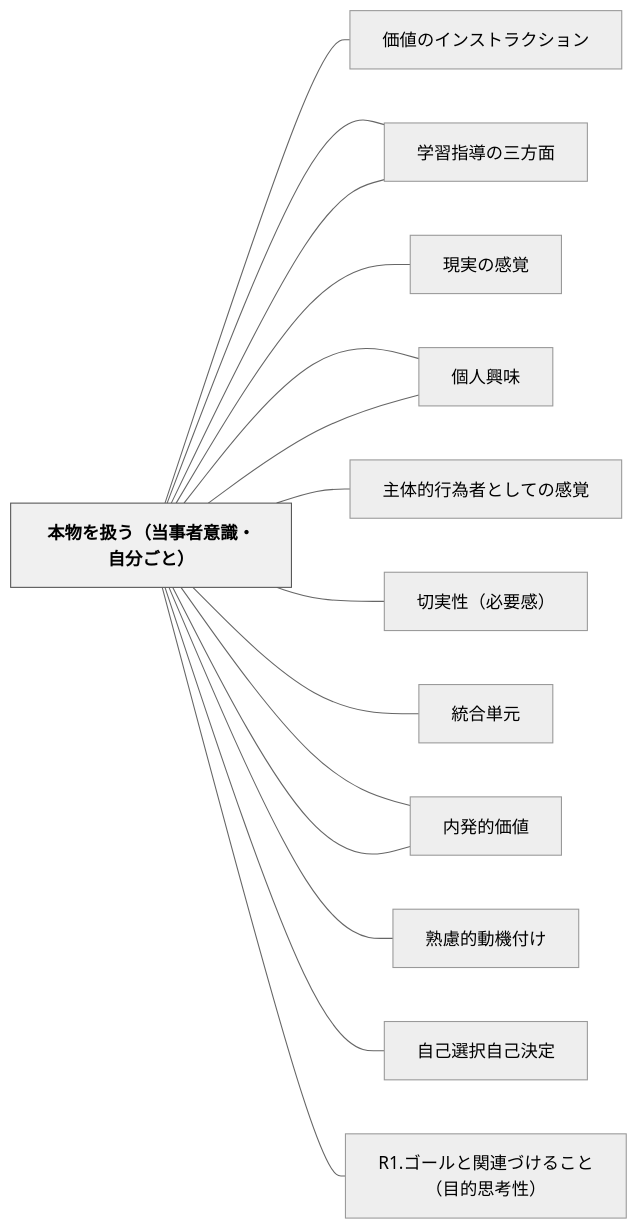
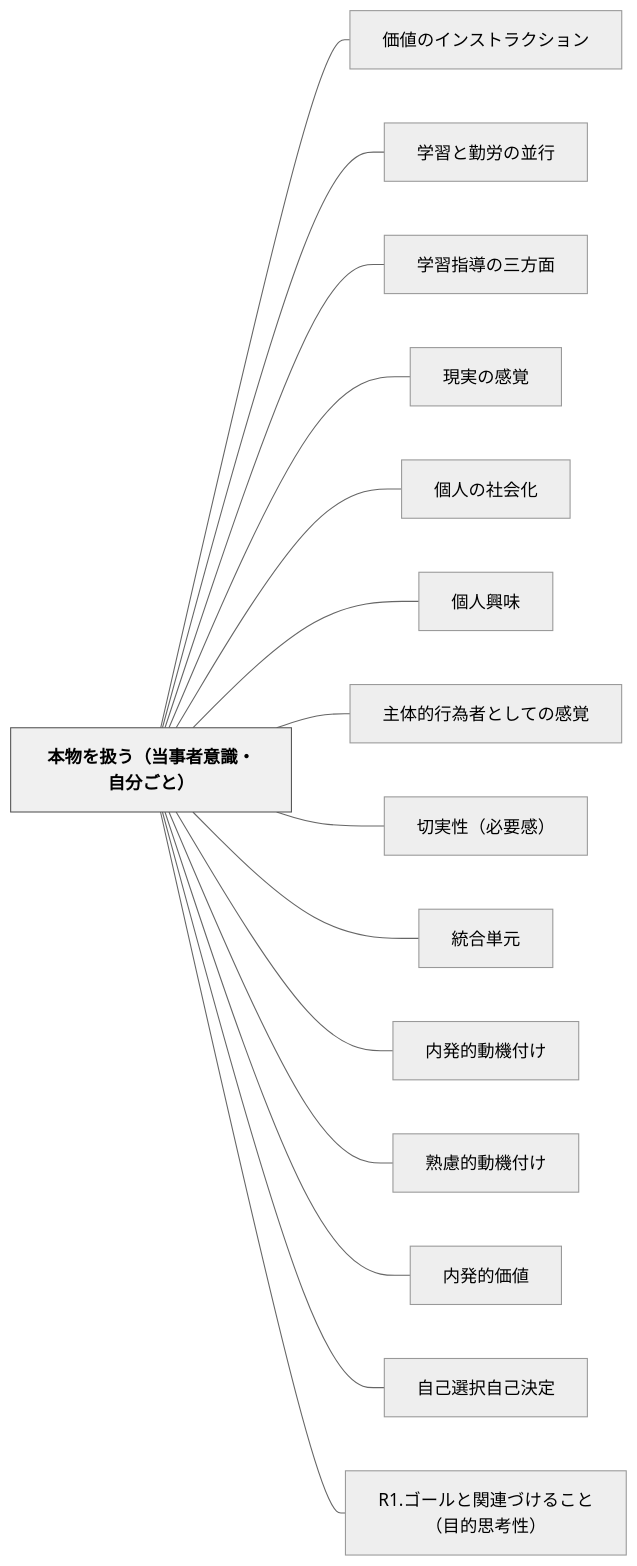
One commit to unknownthings-ed-patterns/unknownthings-ed-patterns changed the diagram in content/パタン/本物を扱う（当事者意識・自分ごと）.md. Above: the diagram before and after it, drawn with Mermaid (neutral theme). The commit also changed 527 other files, not shown here.

````diff
--- a/content/パタン/本物を扱う（当事者意識・自分ごと）.md
+++ b/content/パタン/本物を扱う（当事者意識・自分ごと）.md
@@ -37,36 +37,36 @@
 ```mermaid
 flowchart LR
-    ne69cace789a9["本物を扱う（当事者意識・自分ごと）"]
-    ne4bea1e580a4["価値のインストラクション"]
-    ne5ada6e7bf92["学習と勤労の並行"]
-    ne5ada6e7bf92["学習指導の三方面"]
-    ne78fbee5ae9f["現実の感覚"]
-    ne5808be4baba["個人の社会化"]
-    ne5808be4baba["個人興味"]
-    ne4b8bbe4bd93["主体的行為者としての感覚"]
-    ne58887e5ae9f["切実性（必要感）"]
-    ne7b5b1e59088["統合単元"]
-    ne58685e799ba["内発的動機付け"]
-    ne7869fe685ae["熟慮的動機付け"]
-    ne58685e799ba["内発的価値"]
-    ne887aae5b7b1["自己選択自己決定"]
-    n52312ee382b4["R1.ゴールと関連づけること（目的思考性）"]
+    ne69cace789a9e38292e689b1e38186efbc88e5bd93e4ba8be88085e6848fe8ad98e383bbe887aae58886e38194e381a8efbc89["本物を扱う（当事者意識・自分ごと）"]
+    ne4bea1e580a4e381aee382a4e383b3e382b9e38388e383a9e382afe382b7e383a7e383b3["価値のインストラクション"]
+    ne5ada6e7bf92e381a8e58ba4e58ab4e381aee4b8a6e8a18c["学習と勤労の並行"]
+    ne5ada6e7bf92e68c87e5b08ee381aee4b889e696b9e99da2["学習指導の三方面"]
+    ne78fbee5ae9fe381aee6849fe8a69a["現実の感覚"]
+    ne5808be4babae381aee7a4bee4bc9ae58c96["個人の社会化"]
+    ne5808be4babae88888e591b3["個人興味"]
+    ne4b8bbe4bd93e79a84e8a18ce782bae88085e381a8e38197e381a6e381aee6849fe8a69a["主体的行為者としての感覚"]
+    ne58887e5ae9fe680a7efbc88e5bf85e8a681e6849fefbc89["切実性（必要感）"]
+    ne7b5b1e59088e58d98e58583["統合単元"]
+    ne58685e799bae79a84e58b95e6a99fe4bb98e38191["内発的動機付け"]
+    ne7869fe685aee79a84e58b95e6a99fe4bb98e38191["熟慮的動機付け"]
+    ne58685e799bae79a84e4bea1e580a4["内発的価値"]
+    ne887aae5b7b1e981b8e68a9ee887aae5b7b1e6b1bae5ae9a["自己選択自己決定"]
+    n52312ee382b4e383bce383abe381a8e996a2e980a3e381a5e38191e3828be38193e381a8efbc88e79baee79a84e6809de88083e680a7efbc89["R1.ゴールと関連づけること（目的思考性）"]
 
-    ne69cace789a9 --- ne4bea1e580a4
-    ne69cace789a9 --- ne5ada6e7bf92
-    ne69cace789a9 --- ne5ada6e7bf92
-    ne69cace789a9 --- ne78fbee5ae9f
-    ne69cace789a9 --- ne5808be4baba
-    ne69cace789a9 --- ne5808be4baba
-    ne69cace789a9 --- ne4b8bbe4bd93
-    ne69cace789a9 --- ne58887e5ae9f
-    ne69cace789a9 --- ne7b5b1e59088
-    ne69cace789a9 --- ne58685e799ba
-    ne69cace789a9 --- ne7869fe685ae
-    ne69cace789a9 --- ne58685e799ba
-    ne69cace789a9 --- ne887aae5b7b1
-    ne69cace789a9 --- n52312ee382b4
+    ne69cace789a9e38292e689b1e38186efbc88e5bd93e4ba8be88085e6848fe8ad98e383bbe887aae58886e38194e381a8efbc89 --- ne4bea1e580a4e381aee382a4e383b3e382b9e38388e383a9e382afe382b7e383a7e383b3
+    ne69cace789a9e38292e689b1e38186efbc88e5bd93e4ba8be88085e6848fe8ad98e383bbe887aae58886e38194e381a8efbc89 --- ne5ada6e7bf92e381a8e58ba4e58ab4e381aee4b8a6e8a18c
+    ne69cace789a9e38292e689b1e38186efbc88e5bd93e4ba8be88085e6848fe8ad98e383bbe887aae58886e38194e381a8efbc89 --- ne5ada6e7bf92e68c87e5b08ee381aee4b889e696b9e99da2
+    ne69cace789a9e38292e689b1e38186efbc88e5bd93e4ba8be88085e6848fe8ad98e383bbe887aae58886e38194e381a8efbc89 --- ne78fbee5ae9fe381aee6849fe8a69a
+    ne69cace789a9e38292e689b1e38186efbc88e5bd93e4ba8be88085e6848fe8ad98e383bbe887aae58886e38194e381a8efbc89 --- ne5808be4babae381aee7a4bee4bc9ae58c96
+    ne69cace789a9e38292e689b1e38186efbc88e5bd93e4ba8be88085e6848fe8ad98e383bbe887aae58886e38194e381a8efbc89 --- ne5808be4babae88888e591b3
+    ne69cace789a9e38292e689b1e38186efbc88e5bd93e4ba8be88085e6848fe8ad98e383bbe887aae58886e38194e381a8efbc89 --- ne4b8bbe4bd93e79a84e8a18ce782bae88085e381a8e38197e381a6e381aee6849fe8a69a
+    ne69cace789a9e38292e689b1e38186efbc88e5bd93e4ba8be88085e6848fe8ad98e383bbe887aae58886e38194e381a8efbc89 --- ne58887e5ae9fe680a7efbc88e5bf85e8a681e6849fefbc89
+    ne69cace789a9e38292e689b1e38186efbc88e5bd93e4ba8be88085e6848fe8ad98e383bbe887aae58886e38194e381a8efbc89 --- ne7b5b1e59088e58d98e58583
+    ne69cace789a9e38292e689b1e38186efbc88e5bd93e4ba8be88085e6848fe8ad98e383bbe887aae58886e38194e381a8efbc89 --- ne58685e799bae79a84e58b95e6a99fe4bb98e38191
+    ne69cace789a9e38292e689b1e38186efbc88e5bd93e4ba8be88085e6848fe8ad98e383bbe887aae58886e38194e381a8efbc89 --- ne7869fe685aee79a84e58b95e6a99fe4bb98e38191
+    ne69cace789a9e38292e689b1e38186efbc88e5bd93e4ba8be88085e6848fe8ad98e383bbe887aae58886e38194e381a8efbc89 --- ne58685e799bae79a84e4bea1e580a4
+    ne69cace789a9e38292e689b1e38186efbc88e5bd93e4ba8be88085e6848fe8ad98e383bbe887aae58886e38194e381a8efbc89 --- ne887aae5b7b1e981b8e68a9ee887aae5b7b1e6b1bae5ae9a
+    ne69cace789a9e38292e689b1e38186efbc88e5bd93e4ba8be88085e6848fe8ad98e383bbe887aae58886e38194e381a8efbc89 --- n52312ee382b4e383bce383abe381a8e996a2e980a3e381a5e38191e3828be38193e381a8efbc88e79baee79a84e6809de88083e680a7efbc89
 
     classDef hub fill:#f0f0f0,stroke:#555,color:#000,font-weight:bold
-    class ne69cace789a9 hub
+    class ne69cace789a9e38292e689b1e38186efbc88e5bd93e4ba8be88085e6848fe8ad98e383bbe887aae58886e38194e381a8efbc89 hub
 ```
````
